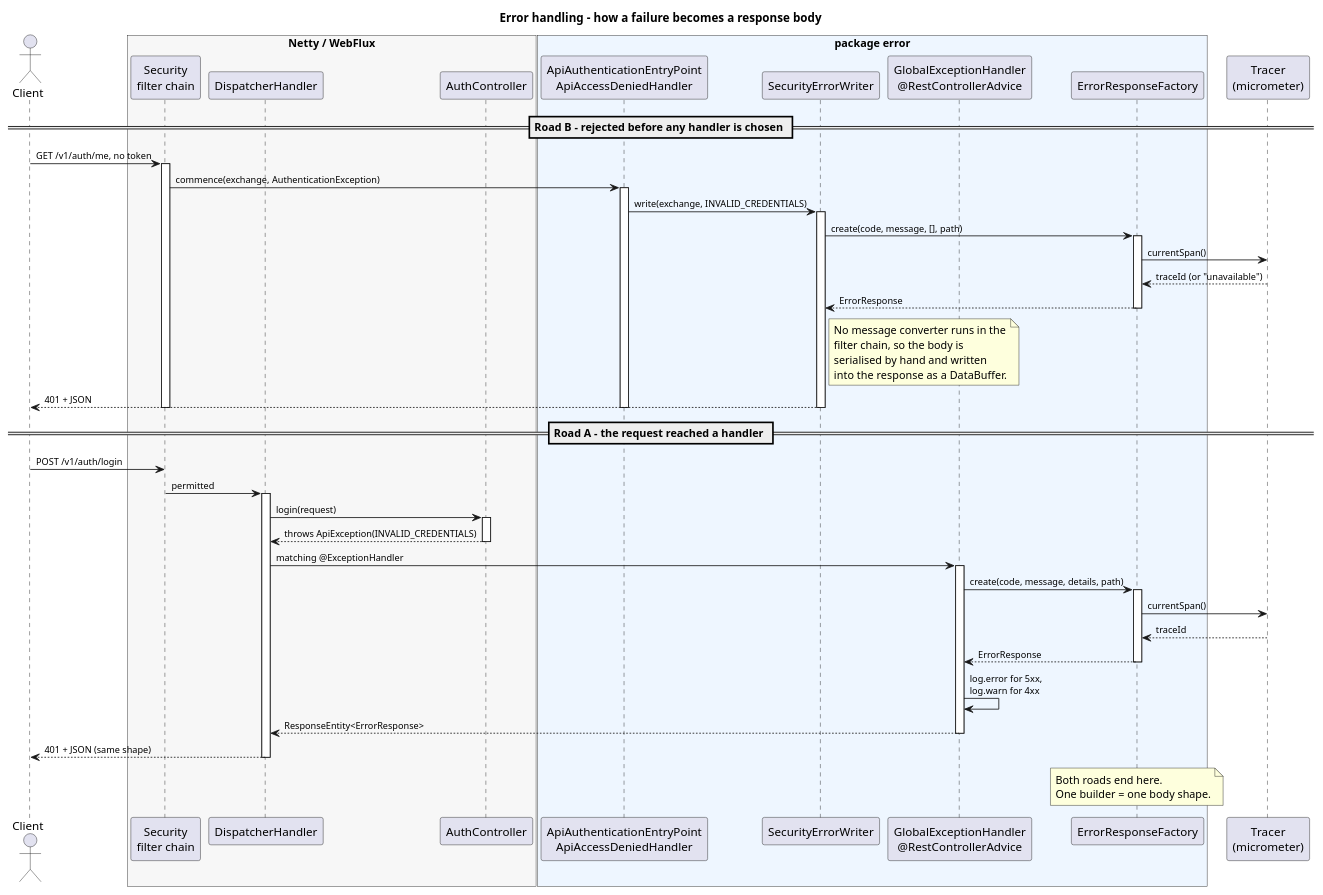
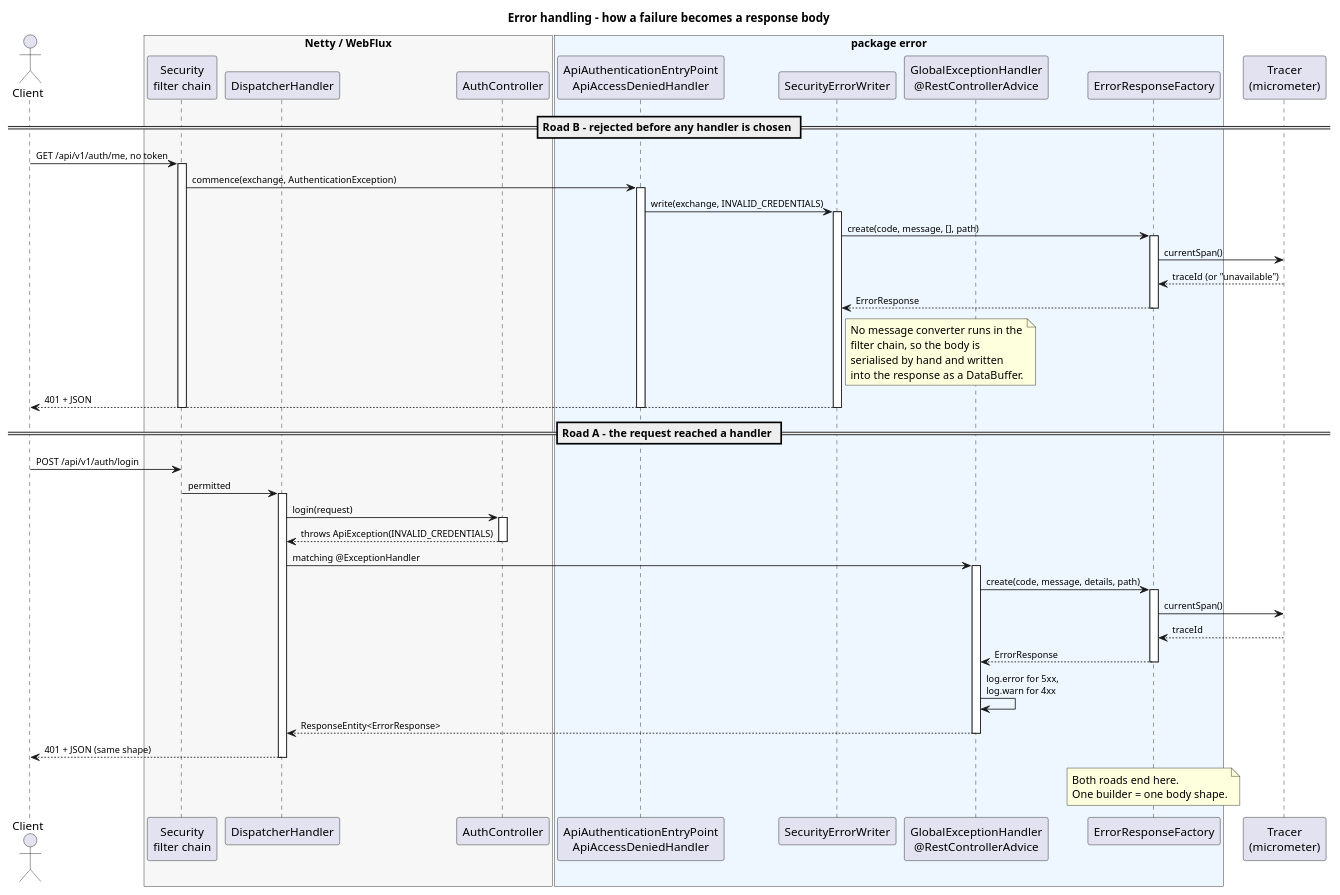
One commit to dezxxx/payment-platform changed the first of 3 diagrams in docs/error-handling.puml. Above: the diagram before and after it, drawn with PlantUML. The commit also changed 7 other files, not shown here.

```diff
--- a/docs/error-handling.puml
+++ b/docs/error-handling.puml
@@ -1,77 +1,77 @@
 @startuml error-flow
 title Error handling - how a failure becomes a response body
 
 skinparam shadowing false
 skinparam ArrowFontSize 11
 
 actor Client
 
 box "Netty / WebFlux" #F7F7F7
   participant "Security\nfilter chain" as Filters
   participant "DispatcherHandler" as Dispatcher
   participant "AuthController" as Ctl
 end box
 
 box "package error" #EEF6FF
   participant "ApiAuthenticationEntryPoint\nApiAccessDeniedHandler" as SecHandlers
   participant "SecurityErrorWriter" as Writer
   participant "GlobalExceptionHandler\n@RestControllerAdvice" as Advice
   participant "ErrorResponseFactory" as Factory
 end box
 
 participant "Tracer\n(micrometer)" as Tracer
 
 == Road B - rejected before any handler is chosen ==
 
-Client -> Filters : GET /v1/auth/me, no token
+Client -> Filters : GET /api/v1/auth/me, no token
 activate Filters
 Filters -> SecHandlers : commence(exchange, AuthenticationException)
 activate SecHandlers
 SecHandlers -> Writer : write(exchange, INVALID_CREDENTIALS)
 activate Writer
 Writer -> Factory : create(code, message, [], path)
 activate Factory
 Factory -> Tracer : currentSpan()
 Tracer --> Factory : traceId (or "unavailable")
 Factory --> Writer : ErrorResponse
 deactivate Factory
 note right of Writer
   No message converter runs in the
   filter chain, so the body is
   serialised by hand and written
   into the response as a DataBuffer.
 end note
 Writer --> Client : 401 + JSON
 deactivate Writer
 deactivate SecHandlers
 deactivate Filters
 
 == Road A - the request reached a handler ==
 
-Client -> Filters : POST /v1/auth/login
+Client -> Filters : POST /api/v1/auth/login
 Filters -> Dispatcher : permitted
 activate Dispatcher
 Dispatcher -> Ctl : login(request)
 activate Ctl
 Ctl --> Dispatcher : throws ApiException(INVALID_CREDENTIALS)
 deactivate Ctl
 Dispatcher -> Advice : matching @ExceptionHandler
 activate Advice
 Advice -> Factory : create(code, message, details, path)
 activate Factory
 Factory -> Tracer : currentSpan()
 Tracer --> Factory : traceId
 Factory --> Advice : ErrorResponse
 deactivate Factory
 Advice -> Advice : log.error for 5xx,\nlog.warn for 4xx
 Advice --> Dispatcher : ResponseEntity<ErrorResponse>
 deactivate Advice
 Dispatcher --> Client : 401 + JSON (same shape)
 deactivate Dispatcher
 
 note over Factory
   Both roads end here.
   One builder = one body shape.
 end note
 
 @enduml
```
